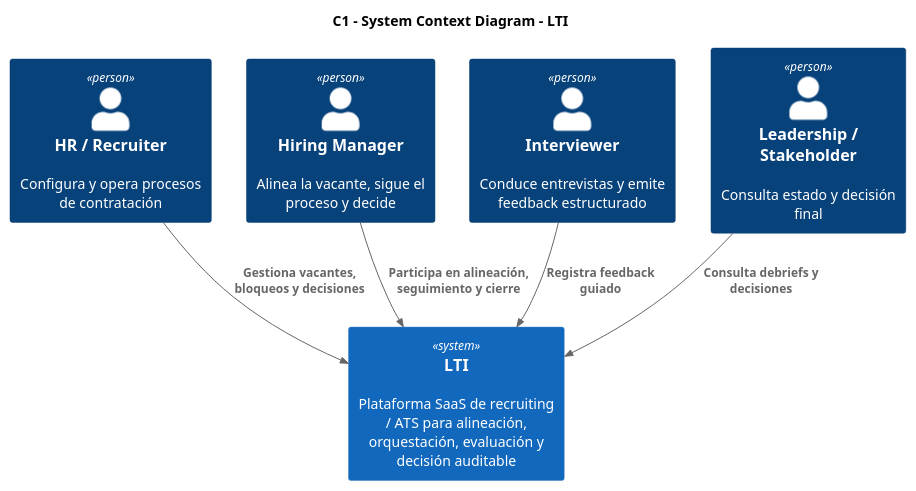
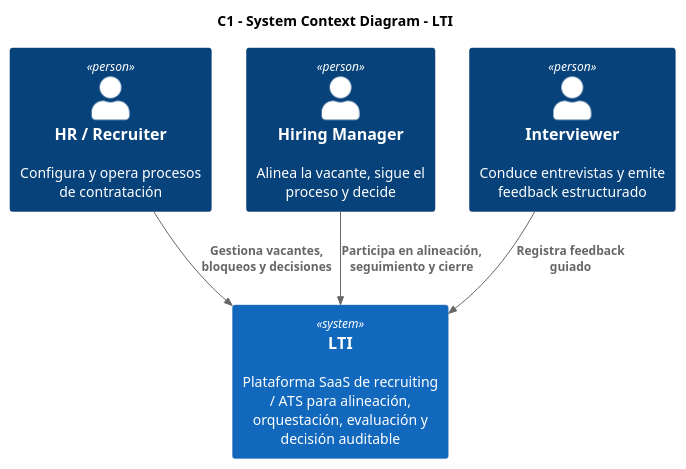
Before and after one commit to svg80/AI4Devs-design-1-2026-03_srII: the sixth of 13 diagrams in LTI-SVG/LTI-SVG.md, drawn with PlantUML. The commit also changed other lines of this file, not shown here.

````diff
--- a/LTI-SVG/LTI-SVG.md
+++ b/LTI-SVG/LTI-SVG.md
@@ -1156,20 +1151,18 @@
 ```plantuml
 @startuml C1_LTI_Context
 !include https://raw.githubusercontent.com/plantuml-stdlib/C4-PlantUML/master/C4_Context.puml
 
 title C1 - System Context Diagram - LTI
 
 Person(hr, "HR / Recruiter", "Configura y opera procesos de contratación")
 Person(hm, "Hiring Manager", "Alinea la vacante, sigue el proceso y decide")
 Person(interviewer, "Interviewer", "Conduce entrevistas y emite feedback estructurado")
-Person(stakeholder, "Leadership / Stakeholder", "Consulta estado y decisión final")
 
 System(lti, "LTI", "Plataforma SaaS de recruiting / ATS para alineación, orquestación, evaluación y decisión auditable")
 
 Rel(hr, lti, "Gestiona vacantes, bloqueos y decisiones")
 Rel(hm, lti, "Participa en alineación, seguimiento y cierre")
 Rel(interviewer, lti, "Registra feedback guiado")
-Rel(stakeholder, lti, "Consulta debriefs y decisiones")
 
 @enduml
 ```
````
